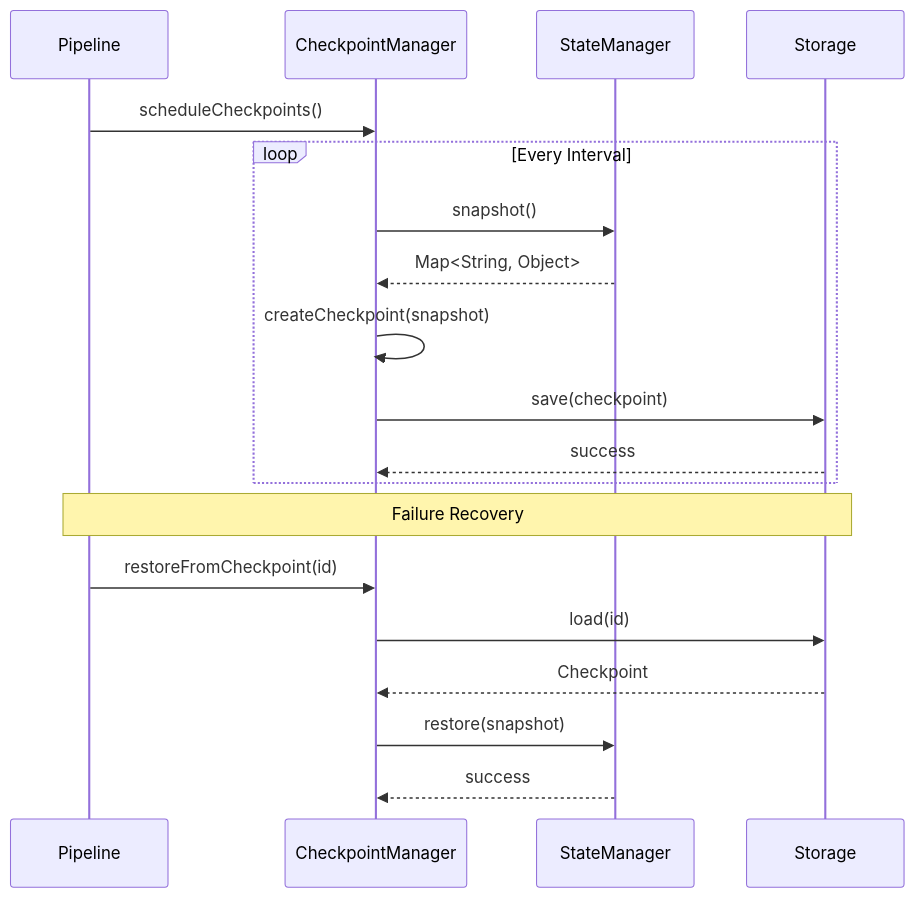
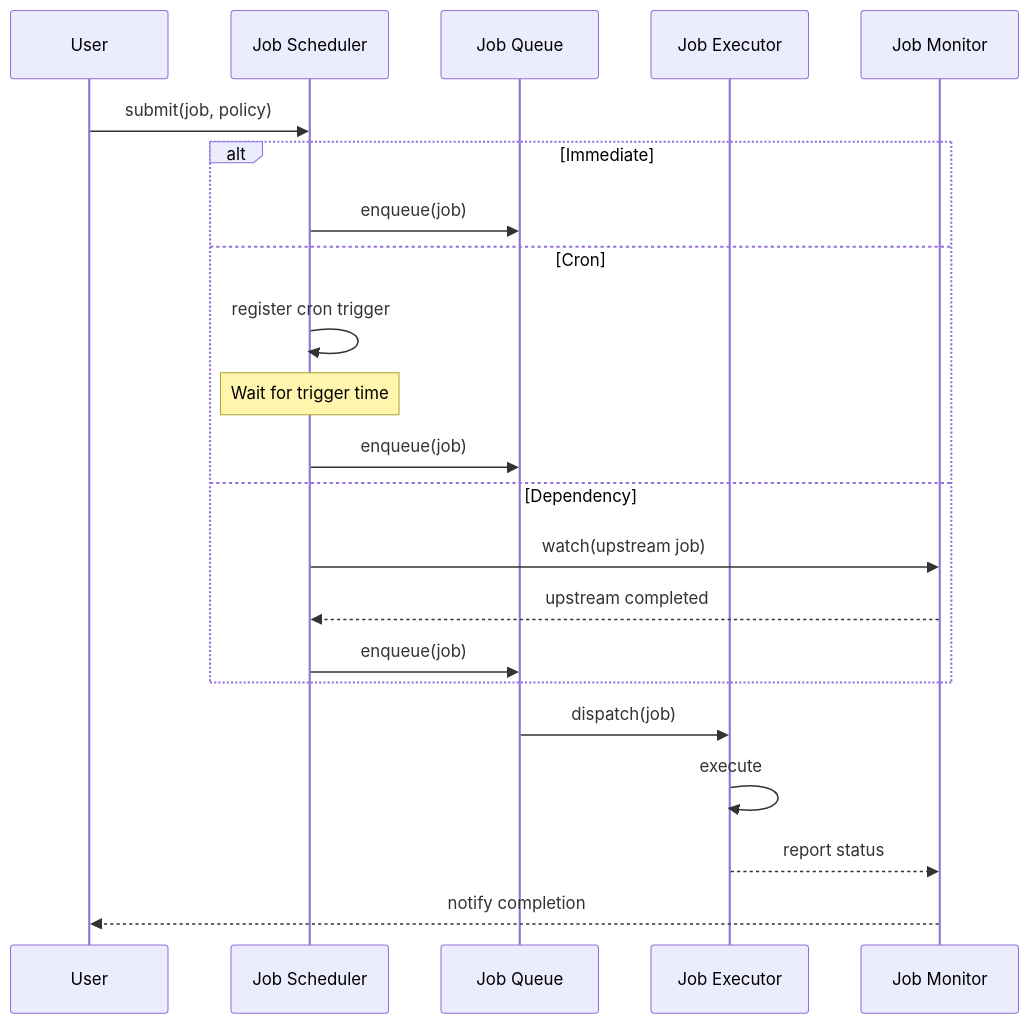
Before and after one commit to 312268112/advanced-java: diagram 17 of 24 in docs/reactive-etl-framework-design.md, drawn with Mermaid. The commit also changed other lines of this file, not shown here.

````diff
--- a/docs/reactive-etl-framework-design.md
+++ b/docs/reactive-etl-framework-design.md
@@ -707,26 +732,27 @@
 ```mermaid
 sequenceDiagram
-    participant Pipeline
-    participant CheckpointManager
-    participant StateManager
-    participant Storage
+    participant User
+    participant Scheduler as Job Scheduler
+    participant Queue as Job Queue
+    participant Executor as Job Executor
+    participant Monitor as Job Monitor
     
-    Pipeline->>CheckpointManager: scheduleCheckpoints()
+    User->>Scheduler: submit(job, policy)
     
-    loop Every Interval
-        CheckpointManager->>StateManager: snapshot()
-        StateManager-->>CheckpointManager: Map<String, Object>
-        
-        CheckpointManager->>CheckpointManager: createCheckpoint(snapshot)
-        CheckpointManager->>Storage: save(checkpoint)
-        Storage-->>CheckpointManager: success
+    alt Immediate
+        Scheduler->>Queue: enqueue(job)
+    else Cron
+        Scheduler->>Scheduler: register cron trigger
+        Note over Scheduler: Wait for trigger time
+        Scheduler->>Queue: enqueue(job)
+    else Dependency
+        Scheduler->>Monitor: watch(upstream job)
+        Monitor-->>Scheduler: upstream completed
+        Scheduler->>Queue: enqueue(job)
     end
     
-    Note over Pipeline,Storage: Failure Recovery
-    
-    Pipeline->>CheckpointManager: restoreFromCheckpoint(id)
-    CheckpointManager->>Storage: load(id)
-    Storage-->>CheckpointManager: Checkpoint
-    CheckpointManager->>StateManager: restore(snapshot)
-    StateManager-->>CheckpointManager: success
+    Queue->>Executor: dispatch(job)
+    Executor->>Executor: execute
+    Executor-->>Monitor: report status
+    Monitor-->>User: notify completion
 ```
````
